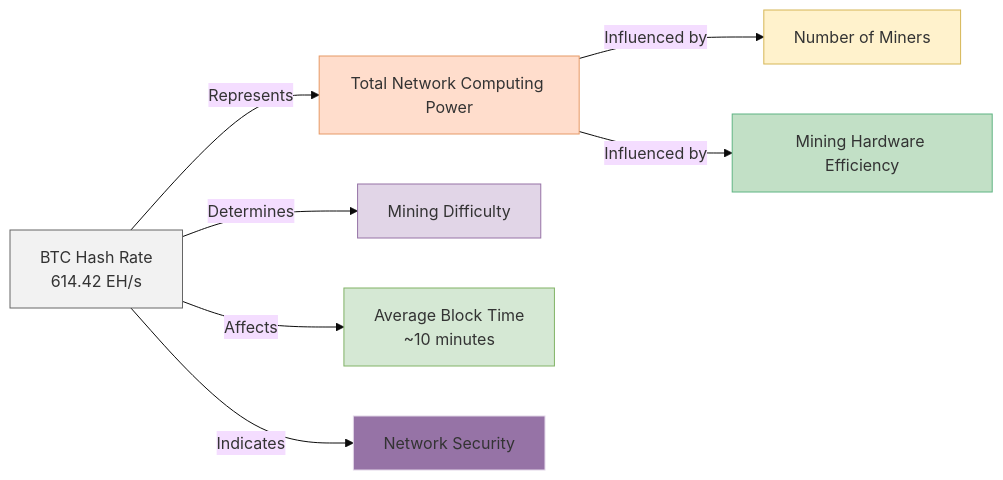
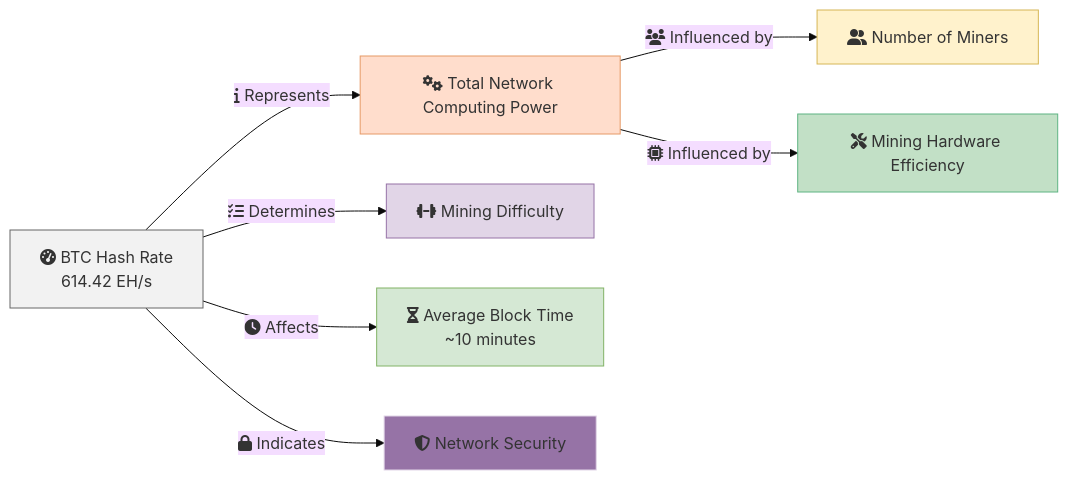
Before and after one commit to kelvin-bz/blog: the sixth of 22 diagrams in _posts/2024-07-06-blockchain-for-dummies.md, drawn with Mermaid (base theme). The commit also changed other lines of this file, not shown here.

````diff
--- a/_posts/2024-07-06-blockchain-for-dummies.md
+++ b/_posts/2024-07-06-blockchain-for-dummies.md
@@ -171,22 +170,23 @@
 ```mermaid
 graph LR
-    HashRate["BTC Hash Rate<br/>614.42 EH/s"]
+    HashRate["fa:fa-tachometer-alt BTC Hash Rate<br/>614.42 EH/s"]
     style HashRate fill:#F2F2F2,stroke:#666666
-    HashRate -- "Represents" --> TotalNetworkPower["Total Network Computing Power"]
+    HashRate -- "fa:fa-info Represents" --> TotalNetworkPower["fa:fa-cogs Total Network Computing Power"]
     style TotalNetworkPower fill:#FFDDCC,stroke:#E69966
 
-    TotalNetworkPower -- "Influenced by" --> NumberOfMiners["Number of Miners"]
+    TotalNetworkPower -- "fa:fa-users Influenced by" --> NumberOfMiners["fa:fa-user-friends Number of Miners"]
     style NumberOfMiners fill:#FFF2CC,stroke:#D6B656
 
-    TotalNetworkPower -- "Influenced by" --> MiningHardware["Mining Hardware Efficiency"]
+    TotalNetworkPower -- "fa:fa-microchip Influenced by" --> MiningHardware["fa:fa-tools Mining Hardware Efficiency"]
     style MiningHardware fill:#C2E0C6,stroke:#5FB483
 
-    HashRate -- "Determines" --> Difficulty["Mining Difficulty"]
+    HashRate -- "fa:fa-tasks Determines" --> Difficulty["fa:fa-dumbbell Mining Difficulty"]
     style Difficulty fill:#E1D5E7,stroke:#9673A6
 
-    HashRate -- "Affects" --> BlockTime["Average Block Time<br/>~10 minutes"]
+    HashRate -- "fa:fa-clock Affects" --> BlockTime["fa:fa-hourglass-half Average Block Time<br/>~10 minutes"]
     style BlockTime fill:#D5E8D4,stroke:#82B366
     
-    HashRate -- "Indicates" --> Security["Network Security"]
+    HashRate -- "fa:fa-lock Indicates" --> Security["fa:fa-shield-alt Network Security"]
     style Security fill:#9673A6,stroke:#E1D5E7
+
 ```
````
